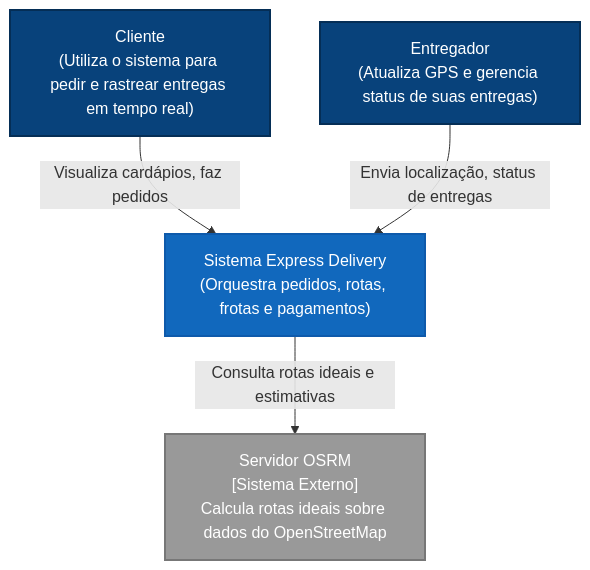
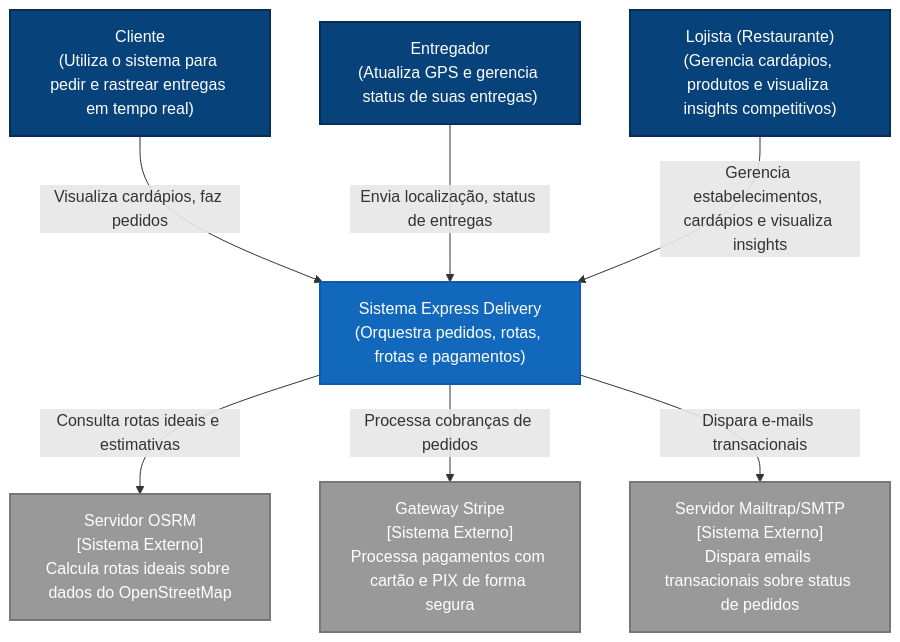
The first of 3 diagrams in README.md (arthurair3s/arquitetura-de-software), drawn with Mermaid before and after one commit. The commit also changed other lines of this file, not shown here.

Commit message:
atualiza diagramas mermaid do readme com base nos diagramas c4 em docs

````diff
--- a/README.md
+++ b/README.md
@@ -14,20 +14,26 @@
 ```mermaid
 graph TD
     %% Estilos de Elemento C4
     classDef person fill:#08427b,stroke:#052e56,stroke-width:2px,color:#ffffff;
     classDef system fill:#1168bd,stroke:#0e5aab,stroke-width:2px,color:#ffffff;
     classDef ext fill:#999999,stroke:#777777,stroke-width:2px,color:#ffffff;
 
     cliente["Cliente<br/>(Utiliza o sistema para pedir e rastrear entregas em tempo real)"]
     entregador["Entregador<br/>(Atualiza GPS e gerencia status de suas entregas)"]
+    lojista["Lojista (Restaurante)<br/>(Gerencia cardápios, produtos e visualiza insights competitivos)"]
     express_delivery["Sistema Express Delivery<br/>(Orquestra pedidos, rotas, frotas e pagamentos)"]
     osrm_server["Servidor OSRM<br/>[Sistema Externo]<br/>Calcula rotas ideais sobre dados do OpenStreetMap"]
+    stripe["Gateway Stripe<br/>[Sistema Externo]<br/>Processa pagamentos com cartão e PIX de forma segura"]
+    mailtrap["Servidor Mailtrap/SMTP<br/>[Sistema Externo]<br/>Dispara emails transacionais sobre status de pedidos"]
 
     cliente -->|Visualiza cardápios, faz pedidos| express_delivery
     entregador -->|Envia localização, status de entregas| express_delivery
+    lojista -->|Gerencia estabelecimentos, cardápios e visualiza insights| express_delivery
     express_delivery -->|Consulta rotas ideais e estimativas| osrm_server
+    express_delivery -->|Processa cobranças de pedidos| stripe
+    express_delivery -->|Dispara e-mails transacionais| mailtrap
 
-    class cliente,entregador person;
+    class cliente,entregador,lojista person;
     class express_delivery system;
-    class osrm_server ext;
+    class osrm_server,stripe,mailtrap ext;
 ```
````
